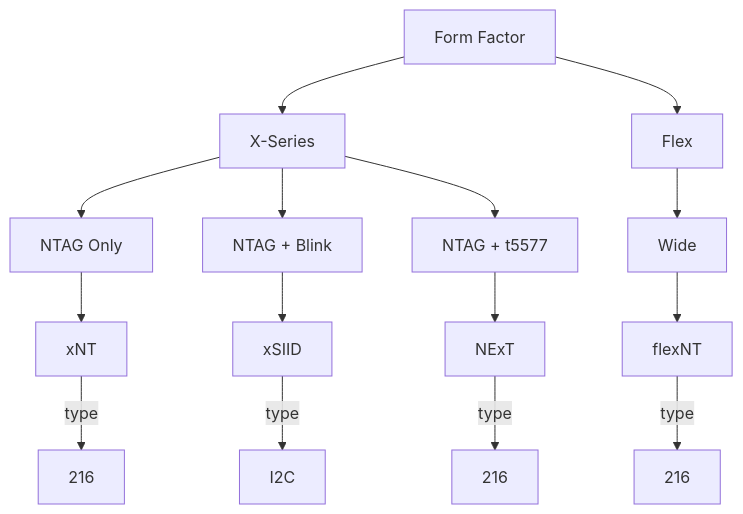
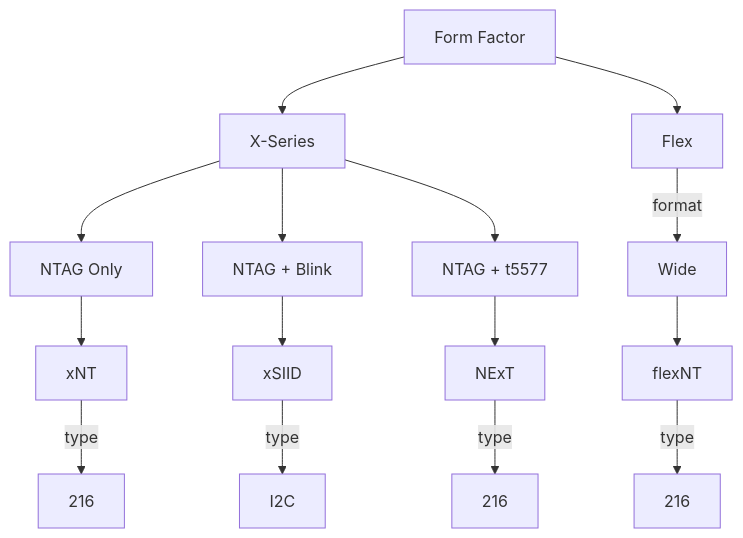
Before and after one commit to dangerous-tac0s/pm3_documentation: the diagram in NTAG_OPTIONS.md, drawn with Mermaid.

````diff
--- a/NTAG_OPTIONS.md
+++ b/NTAG_OPTIONS.md
@@ -5,15 +5,15 @@
 ```mermaid
   flowchart TD;
       A[Form Factor]--> B[X-Series] & C[Flex];
       B --> B1[NTAG Only] & B2[NTAG + Blink] & B3[NTAG + t5577];
       B1 --> B1.1[xNT];
       B1.1 -- type --> B1.1a[216];
       B2 --> B2.1[xSIID];
       B2.1 -- type --> B2.1a[I2C];
       B3 --> B3.1[NExT];
       B3.1 -- type --> B3.1a[216];
 
-      C --> C1[Wide];
+      C -- format --> C1[Wide];
       C1 --> C1a[flexNT];
       C1a -- type --> C1a_1[216];
 ```
````
